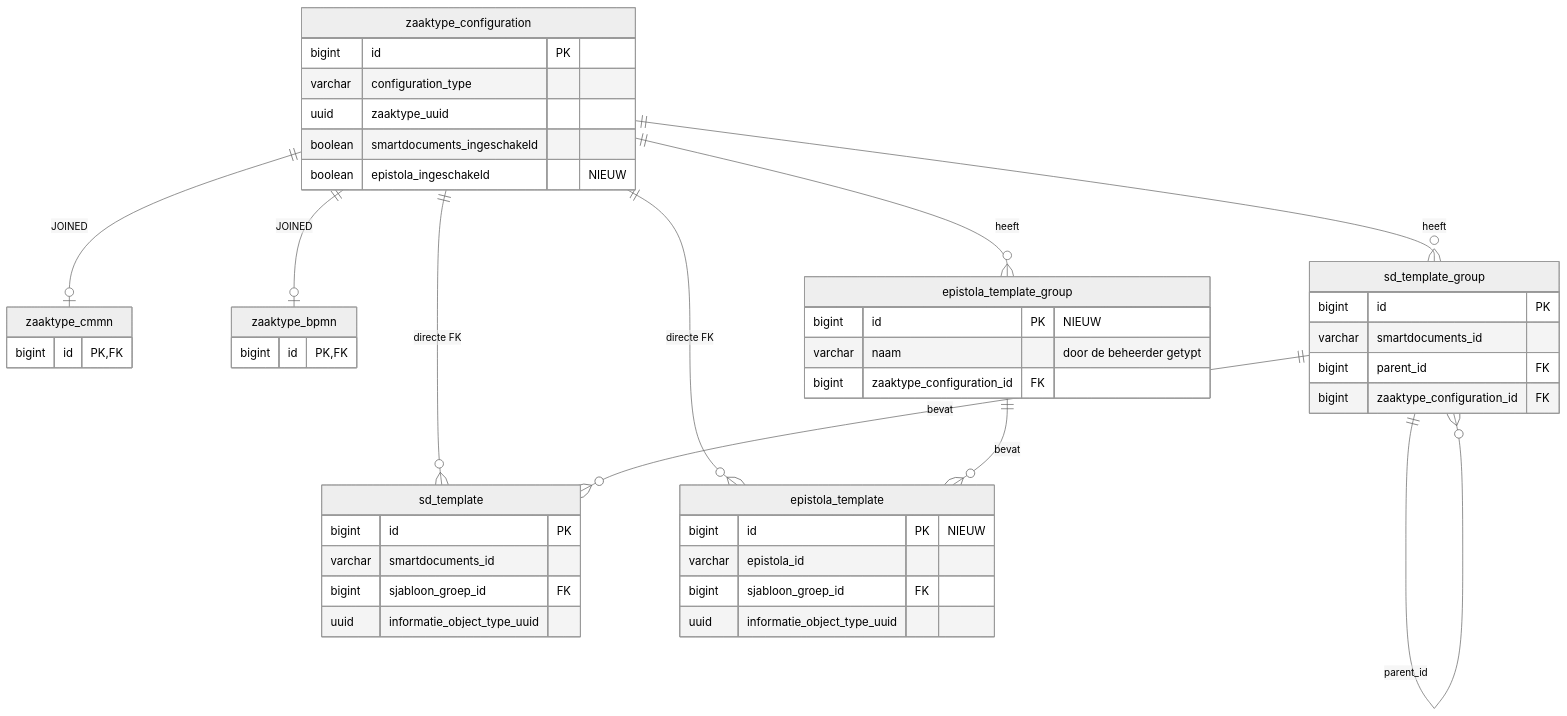
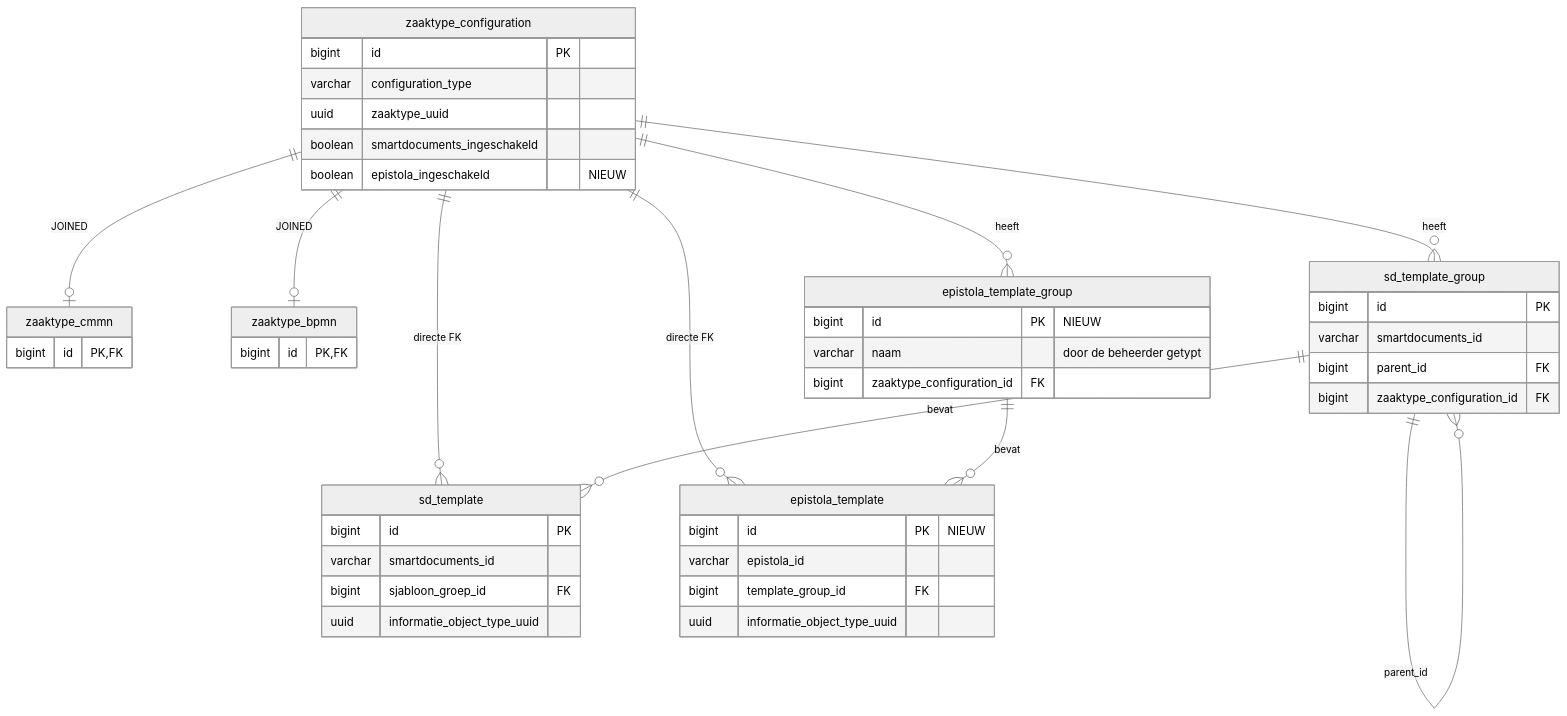
The diagram in docs/epistola/datamodel.md (infonl/zac-epistola-prototype), drawn with Mermaid (neutral theme) before and after one commit. The commit also changed other lines of this file and 7 other files, not shown here.

````diff
--- a/docs/epistola/datamodel.md
+++ b/docs/epistola/datamodel.md
@@ -20,49 +20,49 @@
 ```mermaid
 erDiagram
     zaaktype_configuration ||--o| zaaktype_cmmn : "JOINED"
     zaaktype_configuration ||--o| zaaktype_bpmn : "JOINED"
     zaaktype_configuration ||--o{ sd_template_group : heeft
     zaaktype_configuration ||--o{ sd_template : "directe FK"
     zaaktype_configuration ||--o{ epistola_template_group : heeft
     zaaktype_configuration ||--o{ epistola_template : "directe FK"
     sd_template_group ||--o{ sd_template : bevat
     sd_template_group ||--o{ sd_template_group : parent_id
     epistola_template_group ||--o{ epistola_template : bevat
 
     zaaktype_configuration {
         bigint id PK
         varchar configuration_type
         uuid zaaktype_uuid
         boolean smartdocuments_ingeschakeld
         boolean epistola_ingeschakeld "NIEUW"
     }
     zaaktype_cmmn {
         bigint id PK,FK
     }
     zaaktype_bpmn {
         bigint id PK,FK
     }
     sd_template_group {
         bigint id PK
         varchar smartdocuments_id
         bigint parent_id FK
         bigint zaaktype_configuration_id FK
     }
     sd_template {
         bigint id PK
         varchar smartdocuments_id
         bigint sjabloon_groep_id FK
         uuid informatie_object_type_uuid
     }
     epistola_template_group {
         bigint id PK "NIEUW"
         varchar naam "door de beheerder getypt"
         bigint zaaktype_configuration_id FK
     }
     epistola_template {
         bigint id PK "NIEUW"
         varchar epistola_id
-        bigint sjabloon_groep_id FK
+        bigint template_group_id FK
         uuid informatie_object_type_uuid
     }
 ```
````
